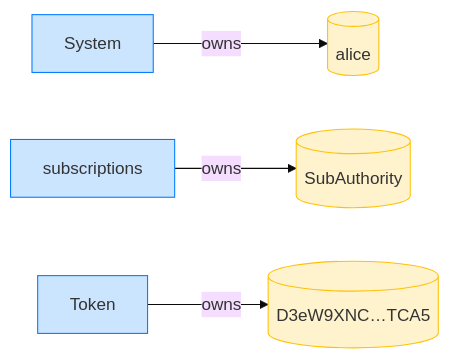
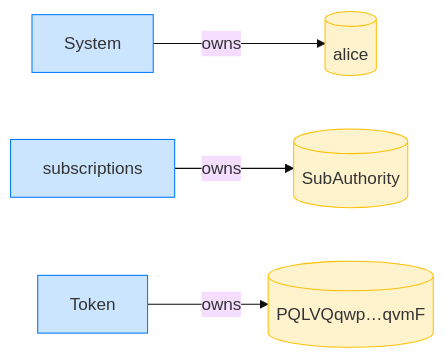
Before and after one commit to cds-rs/subscriptions: the fourth of 20 diagrams in dsl_tests/payer-recovers-a-delegation-after-the-authority-is-re-initialized.md, drawn with Mermaid (base theme). The commit also changed other lines of this file and 224 other files, not shown here.

````diff
--- a/dsl_tests/payer-recovers-a-delegation-after-the-authority-is-re-initialized.md
+++ b/dsl_tests/payer-recovers-a-delegation-after-the-authority-is-re-initialized.md
@@ -71,14 +76,14 @@
 ```mermaid
 flowchart LR
     classDef owner fill:#cce5ff,stroke:#007bff;
     classDef account fill:#fff3cd,stroke:#ffc107;
     System[System]:::owner
     alice[(alice)]:::account
     subscriptions[subscriptions]:::owner
     SubAuthority[(SubAuthority)]:::account
     Token[Token]:::owner
-    D3eW9XNC_TCA5[("D3eW9XNC…TCA5")]:::account
+    PQLVQqwp_qvmF[("PQLVQqwp…qvmF")]:::account
     System -->|owns| alice
     subscriptions -->|owns| SubAuthority
-    Token -->|owns| D3eW9XNC_TCA5
+    Token -->|owns| PQLVQqwp_qvmF
 ```
````
